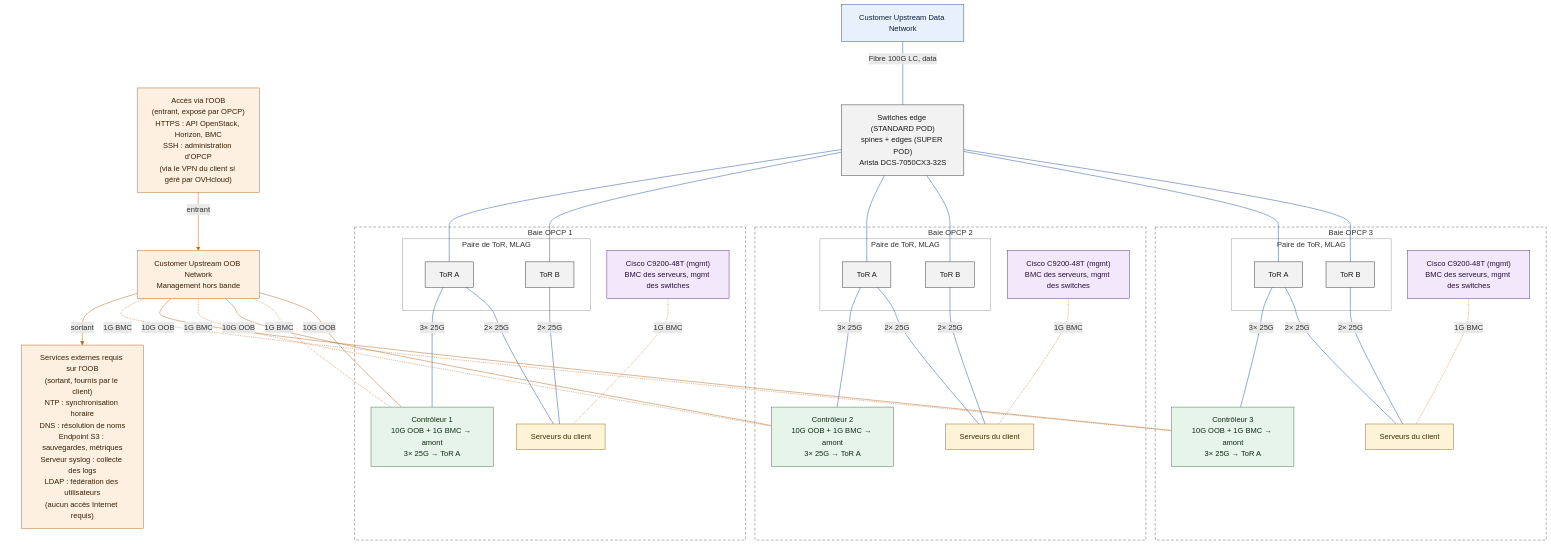
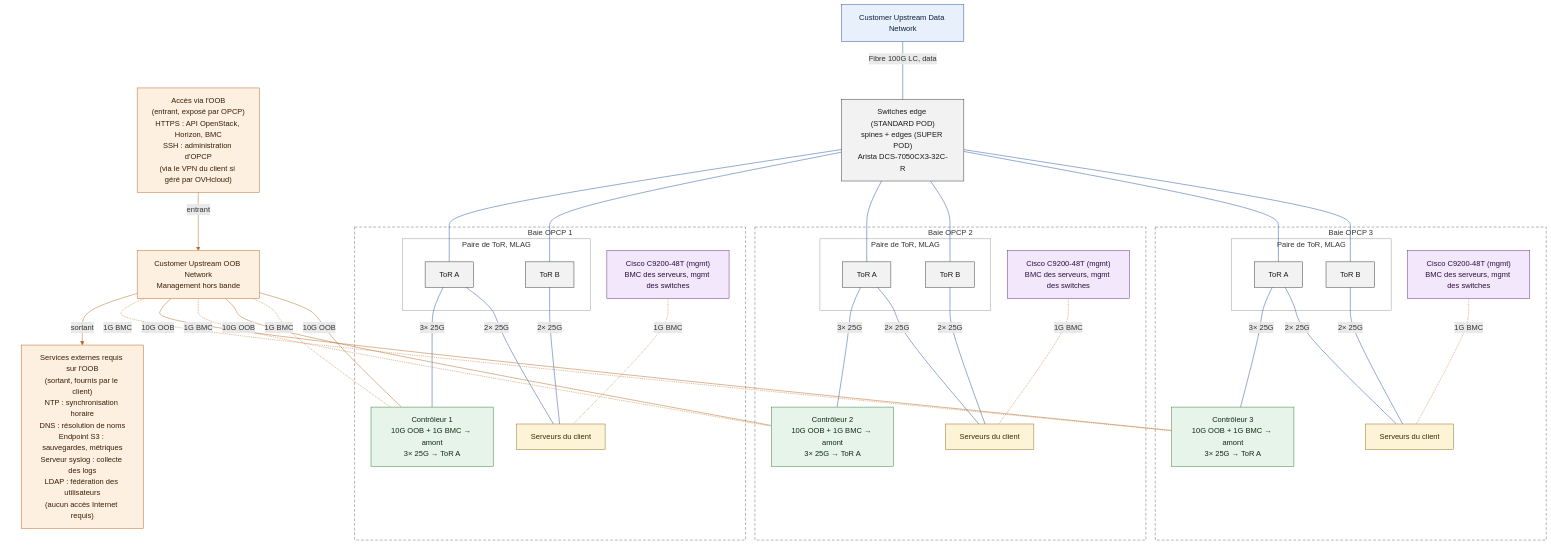
The second of 2 diagrams in docs/fr/guides/hosted-private-cloud/opcp/opcp-network-architecture.mdx (ovh/ovhcloud-docs), drawn with Mermaid before and after one commit. The commit also changed other lines of this file and 1 other file, not shown here.

First line of the commit message:
docs(opcp): name the Arista switches DCS-7050CX3-32C-R

````diff
--- a/docs/fr/guides/hosted-private-cloud/opcp/opcp-network-architecture.mdx
+++ b/docs/fr/guides/hosted-private-cloud/opcp/opcp-network-architecture.mdx
@@ -164,81 +164,81 @@
 ```mermaid
 flowchart TB
     accTitle: Topologie OPCP STANDARD POD et SUPER POD, 3 contrôleurs dans 3 baies
     accDescr: Trois baies OPCP comptant chacune un contrôleur. Dans chaque baie, les serveurs du client sont reliés à ToR A et ToR B en 2x25G et leurs BMC au switch de management Cisco ; le contrôleur est relié à ToR A en 3x25G et au réseau OOB du client en fibre 10G, plus un lien 1G RJ45 pour son BMC. Les ToR de chaque baie remontent vers les switches edge (et les spines en SUPER POD), reliés au réseau de données du client en fibre 100G. Via le réseau OOB, OPCP expose les accès HTTPS et SSH et joint les services NTP, DNS, S3, syslog et LDAP fournis par le client.
     subgraph R1["Baie OPCP 1"]
         subgraph P1["Paire de ToR, MLAG"]
             TA1["ToR A"]:::switch
             TB1["ToR B"]:::switch
         end
         M1["Cisco C9200-48T (mgmt)<br/>BMC des serveurs, mgmt des switches"]:::mgmt
         S1["Serveurs du client"]:::server
         C1["Contrôleur 1<br/>10G OOB + 1G BMC → amont<br/>3× 25G → ToR A"]:::ctrl
     end
     subgraph R2["Baie OPCP 2"]
         subgraph P2["Paire de ToR, MLAG"]
             TA2["ToR A"]:::switch
             TB2["ToR B"]:::switch
         end
         M2["Cisco C9200-48T (mgmt)<br/>BMC des serveurs, mgmt des switches"]:::mgmt
         S2["Serveurs du client"]:::server
         C2["Contrôleur 2<br/>10G OOB + 1G BMC → amont<br/>3× 25G → ToR A"]:::ctrl
     end
     subgraph R3["Baie OPCP 3"]
         subgraph P3["Paire de ToR, MLAG"]
             TA3["ToR A"]:::switch
             TB3["ToR B"]:::switch
         end
         M3["Cisco C9200-48T (mgmt)<br/>BMC des serveurs, mgmt des switches"]:::mgmt
         S3["Serveurs du client"]:::server
         C3["Contrôleur 3<br/>10G OOB + 1G BMC → amont<br/>3× 25G → ToR A"]:::ctrl
     end
     DATA["Customer Upstream Data Network"]:::data
     subgraph ADM[" "]
         OOB["Customer Upstream OOB Network<br/>Management hors bande"]:::oob
         IN["Accès via l'OOB<br/>(entrant, exposé par OPCP)<br/>HTTPS : API OpenStack, Horizon, BMC<br/>SSH : administration d'OPCP<br/>(via le VPN du client si géré par OVHcloud)"]:::oob
         EXT["Services externes requis sur l'OOB<br/>(sortant, fournis par le client)<br/>NTP : synchronisation horaire<br/>DNS : résolution de noms<br/>Endpoint S3 : sauvegardes, métriques<br/>Serveur syslog : collecte des logs<br/>LDAP : fédération des utilisateurs<br/>(aucun accès Internet requis)"]:::oob
     end
-    EDGE["Switches edge (STANDARD POD)<br/>spines + edges (SUPER POD)<br/>Arista DCS-7050CX3-32S"]:::switch
+    EDGE["Switches edge (STANDARD POD)<br/>spines + edges (SUPER POD)<br/>Arista DCS-7050CX3-32C-R"]:::switch
     DATA ---|"Fibre 100G LC, data"| EDGE
     EDGE --- TB3
     EDGE --- TA3
     TA1 ---|"2× 25G"| S1
     TB1 ---|"2× 25G"| S1
     TA1 ---|"3× 25G"| C1
     EDGE --- TB2
     EDGE --- TA2
     TA2 ---|"2× 25G"| S2
     TB2 ---|"2× 25G"| S2
     TA2 ---|"3× 25G"| C2
     EDGE --- TB1
     EDGE --- TA1
     TA3 ---|"2× 25G"| S3
     TB3 ---|"2× 25G"| S3
     TA3 ---|"3× 25G"| C3
     M1 -.-|"1G BMC"| S1
     OOB ---|"10G OOB"| C1
     OOB -.-|"1G BMC"| C1
     M2 -.-|"1G BMC"| S2
     OOB ---|"10G OOB"| C2
     OOB -.-|"1G BMC"| C2
     M3 -.-|"1G BMC"| S3
     OOB ---|"10G OOB"| C3
     OOB -.-|"1G BMC"| C3
     IN -->|"entrant"| OOB
     OOB -->|"sortant"| EXT
     linkStyle 0,1,2,3,4,5,6,7,8,9,10,11,12,13,14,15 stroke:#1f4e9c
     linkStyle 16,17,18,19,20,21,22,23,24,25,26 stroke:#b5651d
     style R1 fill:none,stroke:#666666,stroke-dasharray:6 4
     style P1 fill:none,stroke:#999999
     style R2 fill:none,stroke:#666666,stroke-dasharray:6 4
     style P2 fill:none,stroke:#999999
     style R3 fill:none,stroke:#666666,stroke-dasharray:6 4
     style P3 fill:none,stroke:#999999
     style ADM fill:none,stroke:none
     classDef data fill:#e8f1fb,stroke:#1f4e9c,color:#0b1f3a
     classDef oob fill:#fdf0e1,stroke:#b5651d,color:#3a1f05
     classDef ctrl fill:#e6f4ea,stroke:#2e7d32,color:#0f2e12
     classDef mgmt fill:#f3e8fb,stroke:#5e2a84,color:#2a0f3d
     classDef server fill:#fdf3d6,stroke:#8a6d1d,color:#3a2c05
     classDef switch fill:#f2f2f2,stroke:#333333,color:#1a1a1a
 ```
````
